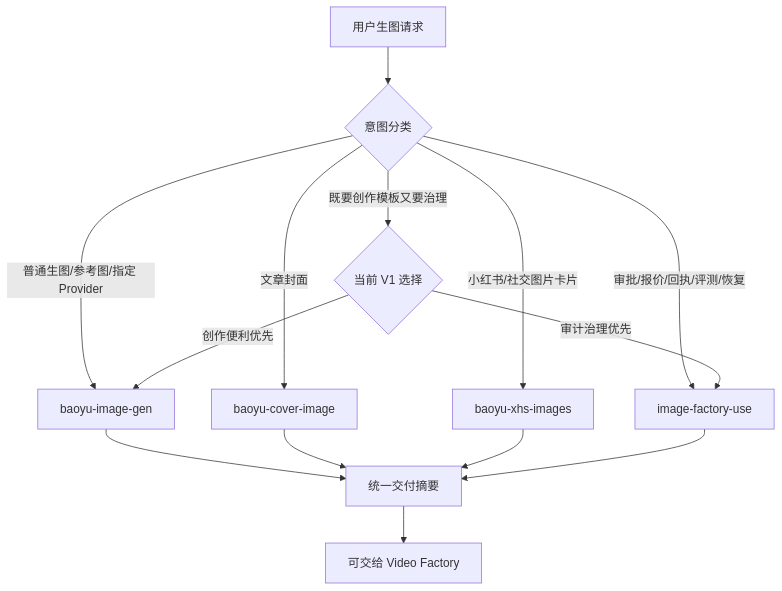
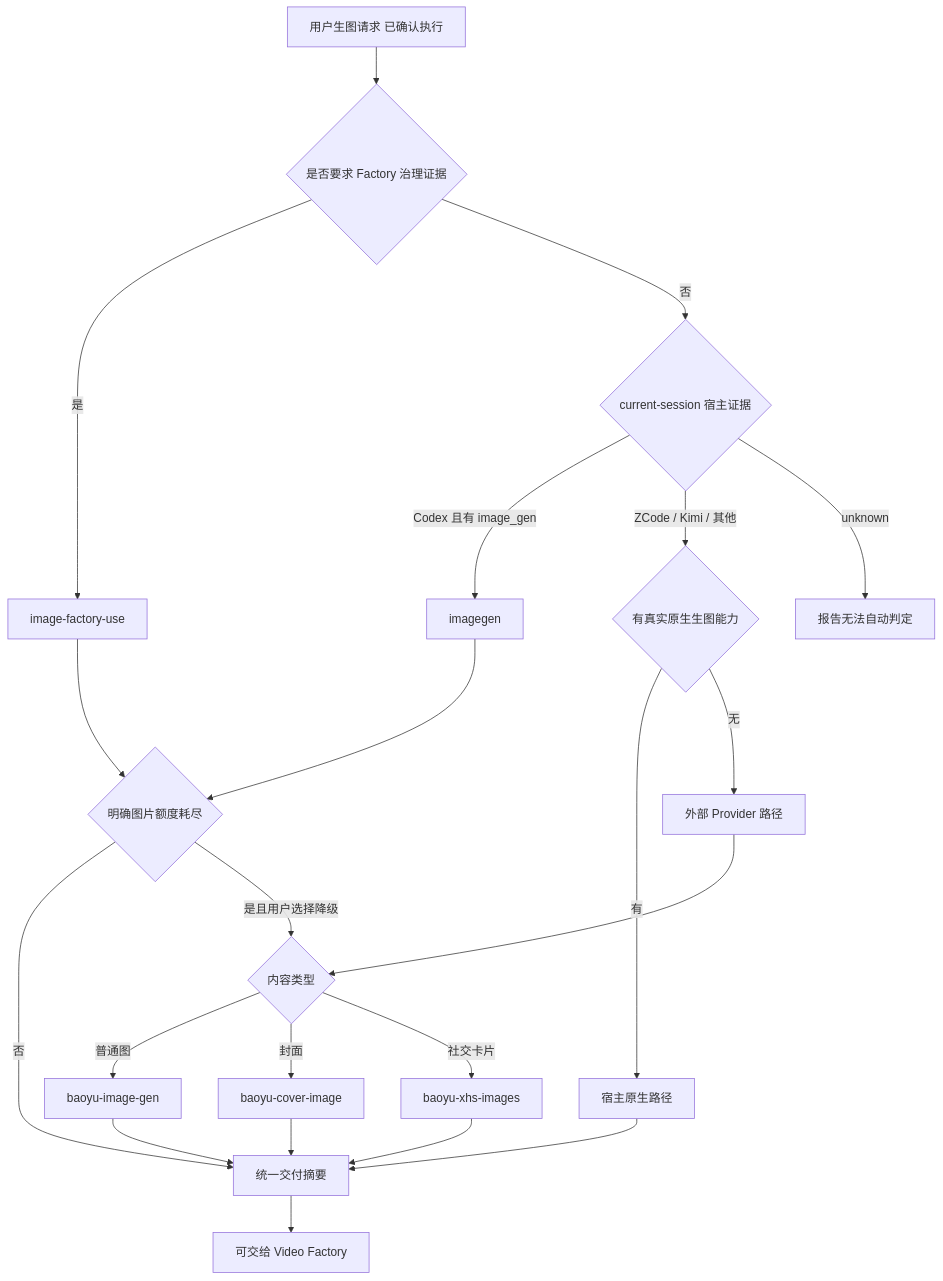
One commit to full-aigc-plugins/image-factory-plugin changed the diagram in skills/image-factory-harness/SKILL.md. Above: the diagram before and after it, drawn with Mermaid. The commit also changed other lines of this file and 38 other files, not shown here.

````diff
--- a/skills/image-factory-harness/SKILL.md
+++ b/skills/image-factory-harness/SKILL.md
@@ -12,16 +13,24 @@
 ```mermaid
 flowchart TD
-    A[用户生图请求] --> B{意图分类}
-    B -->|普通生图/参考图/指定 Provider| C[baoyu-image-gen]
-    B -->|文章封面| D[baoyu-cover-image]
-    B -->|小红书/社交图片卡片| E[baoyu-xhs-images]
-    B -->|审批/报价/回执/评测/恢复| F[image-factory-use]
-    B -->|既要创作模板又要治理| G{当前 V1 选择}
-    G -->|创作便利优先| C
-    G -->|审计治理优先| F
-    C --> H[统一交付摘要]
-    D --> H
-    E --> H
-    F --> H
-    H --> I[可交给 Video Factory]
+    A[用户生图请求 已确认执行] --> B{是否要求 Factory 治理证据}
+    B -->|是| F[image-factory-use]
+    B -->|否| C{current-session 宿主证据}
+    C -->|Codex 且有 image_gen| D[imagegen]
+    C -->|ZCode / Kimi / 其他| E{有真实原生生图能力}
+    C -->|unknown| U[报告无法自动判定]
+    E -->|有| N[宿主原生路径]
+    E -->|无| X[外部 Provider 路径]
+    D --> Q{明确图片额度耗尽}
+    F --> Q
+    Q -->|否| H[统一交付摘要]
+    Q -->|是且用户选择降级| R{内容类型}
+    R -->|普通图| I[baoyu-image-gen]
+    R -->|封面| J[baoyu-cover-image]
+    R -->|社交卡片| K[baoyu-xhs-images]
+    X --> R
+    N --> H
+    I --> H
+    J --> H
+    K --> H
+    H --> V[可交给 Video Factory]
 ```
````
